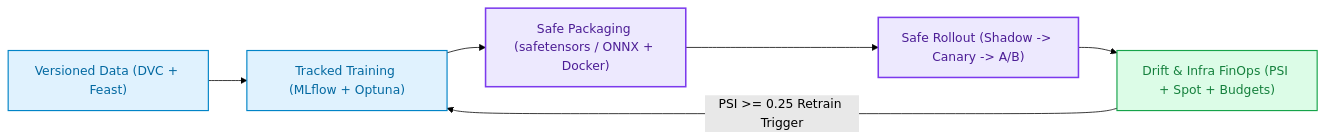
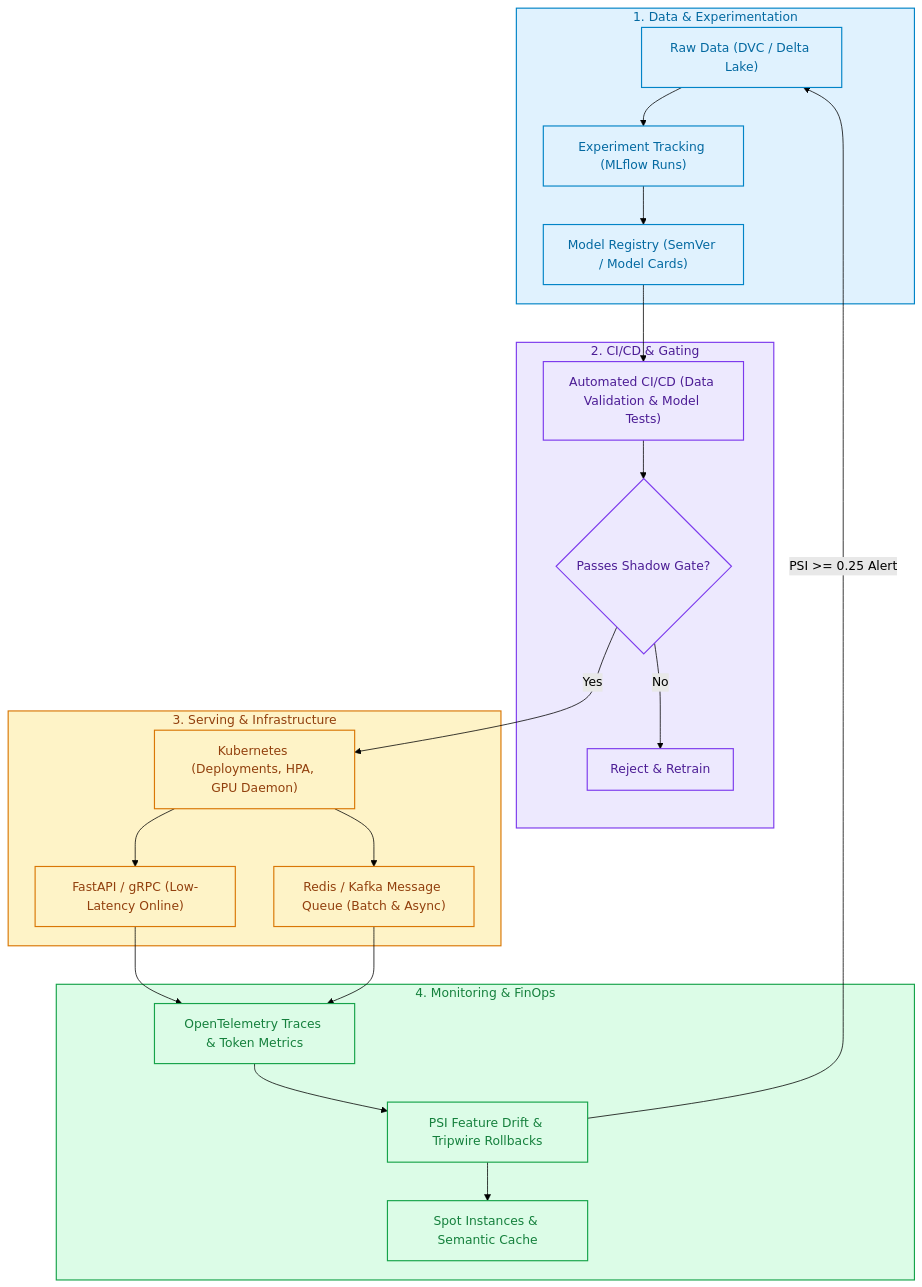
One commit to FirdowsRahaman/agentic-ai-and-ml-roadmap changed the diagram in curriculum/05-production-and-practice/11_production_ai_engineering.md. Above: the diagram before and after it, drawn with Mermaid (forest theme). The commit also changed other lines of this file and 37 other files, not shown here.

````diff
--- a/curriculum/05-production-and-practice/11_production_ai_engineering.md
+++ b/curriculum/05-production-and-practice/11_production_ai_engineering.md
@@ -31,16 +39,36 @@
 ```mermaid
-flowchart LR
-    DATA["Versioned Data (DVC + Feast)"] --> TRAIN["Tracked Training (MLflow + Optuna)"]
-    TRAIN --> PKG["Safe Packaging (safetensors / ONNX + Docker)"]
-    PKG --> DEP["Safe Rollout (Shadow -> Canary -> A/B)"]
-    DEP --> MON["Drift & Infra FinOps (PSI + Spot + Budgets)"]
-    MON -->|"PSI >= 0.25 Retrain Trigger"| TRAIN
+flowchart TD
+    subgraph S1["1. Data & Experimentation"]
+        DATA["Raw Data (DVC / Delta Lake)"] --> EXP["Experiment Tracking (MLflow Runs)"]
+        EXP --> REG["Model Registry (SemVer / Model Cards)"]
+    end
 
-    classDef stage fill:#E0F2FE,stroke:#0284C7,stroke-width:1.5px,color:#0369A1;
-    classDef prod fill:#EDE9FE,stroke:#7C3AED,stroke-width:2px,color:#4C1D95;
-    classDef guard fill:#DCFCE7,stroke:#16A34A,stroke-width:1.5px,color:#15803D;
+    subgraph S2["2. CI/CD & Gating"]
+        REG --> CI["Automated CI/CD (Data Validation & Model Tests)"]
+        CI --> GAT{"Passes Shadow Gate?"}
+        GAT -- No --> REJ["Reject & Retrain"]
+    end
 
-    class DATA,TRAIN stage;
-    class PKG,DEP prod;
-    class MON guard;
+    subgraph S3["3. Serving & Infrastructure"]
+        GAT -- Yes --> K8S["Kubernetes (Deployments, HPA, GPU Daemon)"]
+        K8S --> QUEUE["Redis / Kafka Message Queue (Batch & Async)"]
+        K8S --> REST["FastAPI / gRPC (Low-Latency Online)"]
+    end
+
+    subgraph S4["4. Monitoring & FinOps"]
+        REST & QUEUE --> TELEM["OpenTelemetry Traces & Token Metrics"]
+        TELEM --> DRIFT["PSI Feature Drift & Tripwire Rollbacks"]
+        DRIFT --> FINOPS["Spot Instances & Semantic Cache"]
+        DRIFT -->|"PSI >= 0.25 Alert"| DATA
+    end
+
+    classDef s1 fill:#E0F2FE,stroke:#0284C7,stroke-width:1.5px,color:#0369A1;
+    classDef s2 fill:#EDE9FE,stroke:#7C3AED,stroke-width:1.5px,color:#4C1D95;
+    classDef s3 fill:#FEF3C7,stroke:#D97706,stroke-width:1.5px,color:#92400E;
+    classDef s4 fill:#DCFCE7,stroke:#16A34A,stroke-width:1.5px,color:#15803D;
+
+    class S1,DATA,EXP,REG s1;
+    class S2,CI,GAT,REJ s2;
+    class S3,K8S,QUEUE,REST s3;
+    class S4,TELEM,DRIFT,FINOPS s4;
 ```
````
